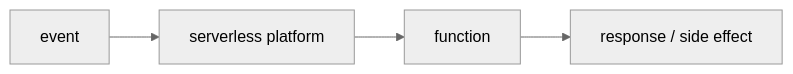
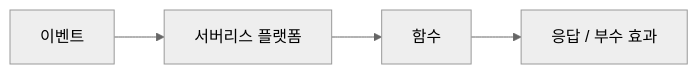
The diagram in content/serverless-101/ko/01-what-is-serverless.md (yeongseon-books/book-content), drawn with Mermaid (neutral theme) before and after one commit. The commit also changed other lines of this file and 3 other files, not shown here.

````diff
--- a/content/serverless-101/ko/01-what-is-serverless.md
+++ b/content/serverless-101/ko/01-what-is-serverless.md
@@ -33,6 +57,6 @@
 ```mermaid
 flowchart LR
-    Event["event"] --> Platform["serverless platform"]
-    Platform --> Func["function"]
-    Func --> Result["response / side effect"]
+    Event["이벤트"] --> Platform["서버리스 플랫폼"]
+    Platform --> Func["함수"]
+    Func --> Result["응답 / 부수 효과"]
 ```
````
